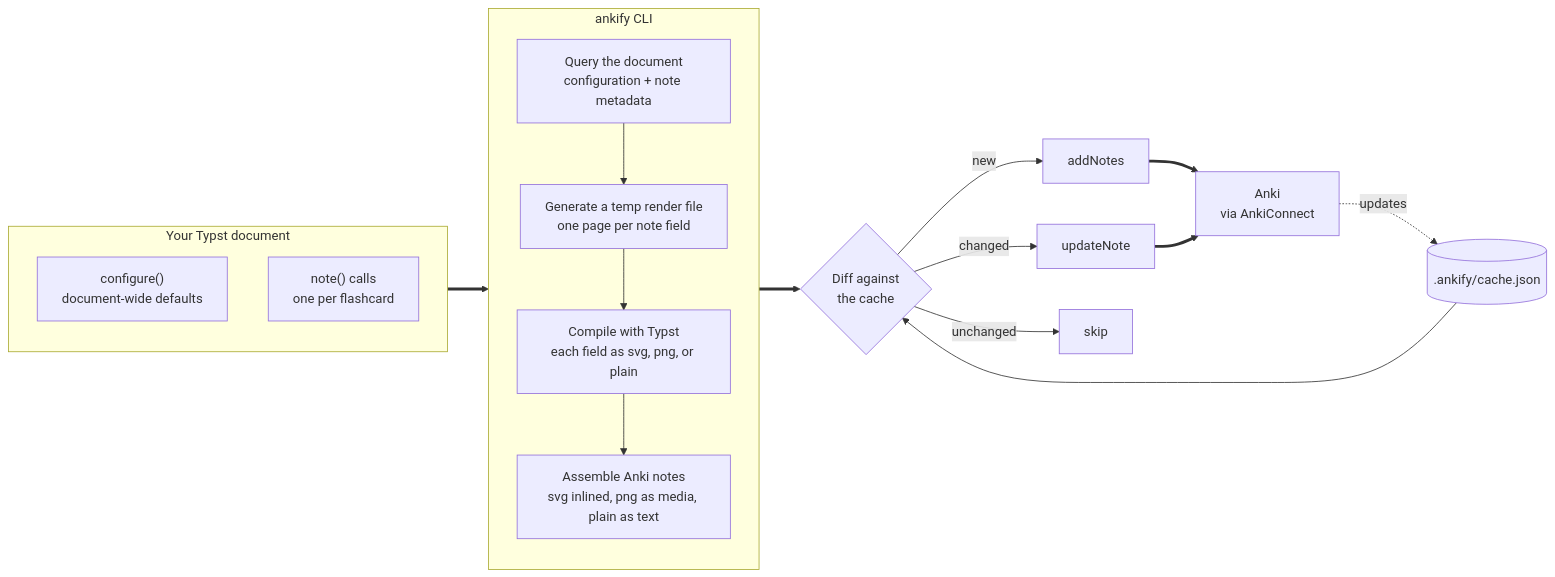
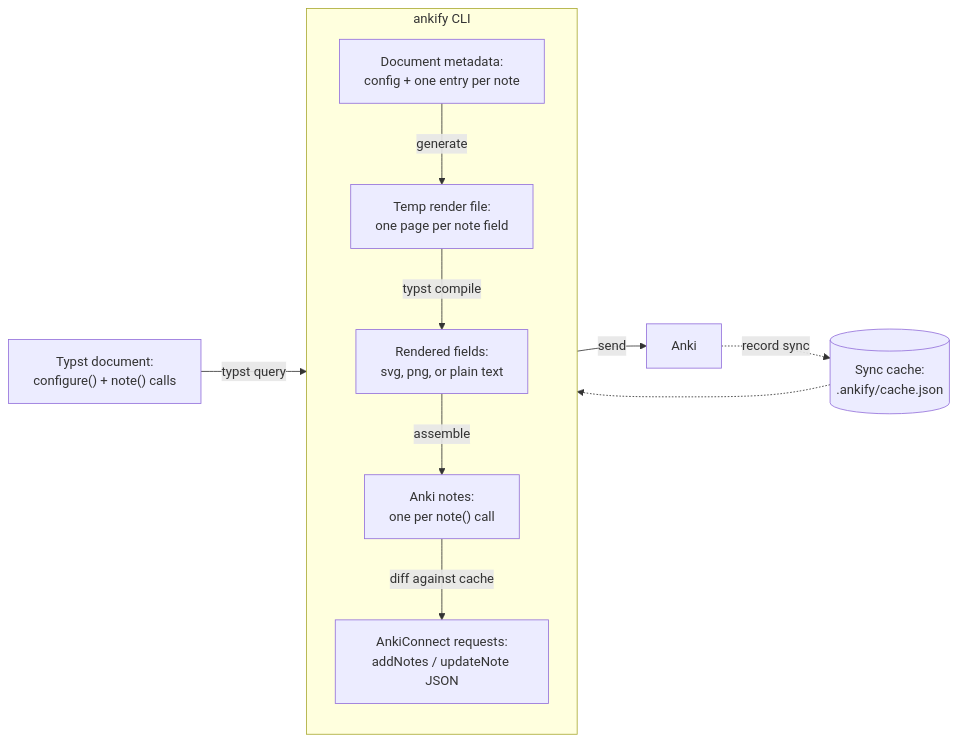
The diagram in README.md (nvlang/ankify), drawn with Mermaid before and after one commit.

Commit message:
docs: make the how-it-works flowchart object-centric
Nodes are now the data objects of the pipeline (document, metadata, temp
render file, rendered fields, Anki notes, requests) with the actions
labelling the arrows between them. Split node labels are punctuated so
they stay readable if the line break is dropped.

````diff
--- a/README.md
+++ b/README.md
@@ -44,29 +44,25 @@
 ```mermaid
 flowchart LR
-    subgraph src ["Your Typst document"]
-        direction TB
-        cfg["configure()<br/>document-wide defaults"]
-        noteCalls["note() calls<br/>one per flashcard"]
-    end
+    doc["Typst document:<br/>configure() + note() calls"]
 
     subgraph cli ["ankify CLI"]
         direction TB
-        query["Query the document<br/>configuration + note metadata"]
-        gen["Generate a temp render file<br/>one page per note field"]
-        compile["Compile with Typst<br/>each field as svg, png, or plain"]
-        assemble["Assemble Anki notes<br/>svg inlined, png as media, plain as text"]
-        query --> gen --> compile --> assemble
+        meta["Document metadata:<br/>config + one entry per note"]
+        tmp["Temp render file:<br/>one page per note field"]
+        fields["Rendered fields:<br/>svg, png, or plain text"]
+        notes["Anki notes:<br/>one per note() call"]
+        reqs["AnkiConnect requests:<br/>addNotes / updateNote JSON"]
+        meta -->|generate| tmp
+        tmp -->|typst compile| fields
+        fields -->|assemble| notes
+        notes -->|diff against cache| reqs
     end
 
-    cache[(".ankify/cache.json")]
+    cache[("Sync cache:<br/>.ankify/cache.json")]
+    anki["Anki"]
 
-    src ==> query
-    assemble ==> diff{"Diff against<br/>the cache"}
-    cache --> diff
-    diff -->|new| add["addNotes"]
-    diff -->|changed| update["updateNote"]
-    diff -->|unchanged| skip["skip"]
-    add ==> anki["Anki<br/>via AnkiConnect"]
-    update ==> anki
-    anki -.updates.-> cache
+    doc -->|typst query| meta
+    cache -.-> reqs
+    reqs -->|send| anki
+    anki -.->|record sync| cache
 ```
````
